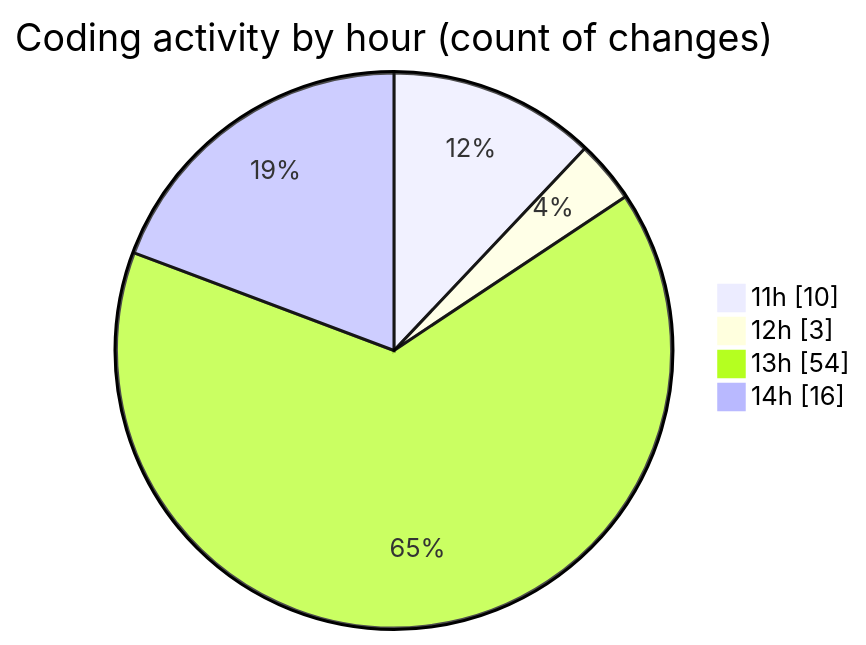
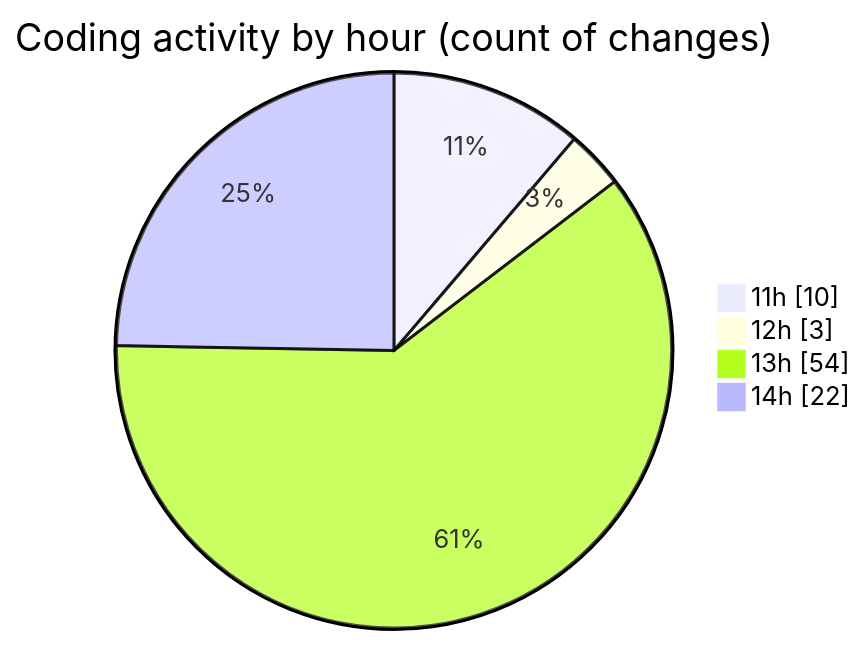
The second of 2 diagrams in 2025-02-14/cda/README.md (momahboobian/code-tracking), drawn with Mermaid before and after one commit. The commit also changed other lines of this file and 1 other file, not shown here.

````diff
--- a/2025-02-14/cda/README.md
+++ b/2025-02-14/cda/README.md
@@ -33,8 +33,8 @@
 ```mermaid
 pie showData
 title Coding activity by hour (count of changes)
 "11h" : 10
 "12h" : 3
 "13h" : 54
-"14h" : 16
+"14h" : 22
 ```
````
